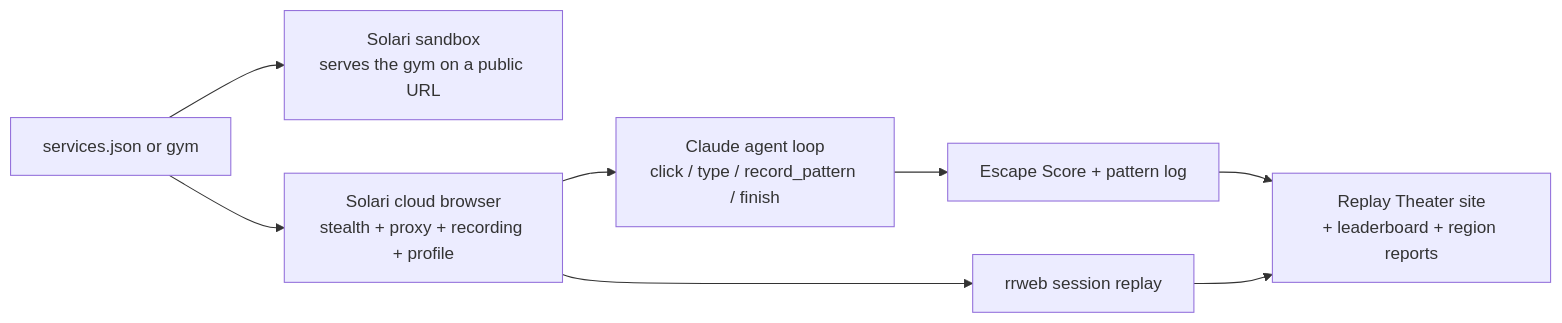
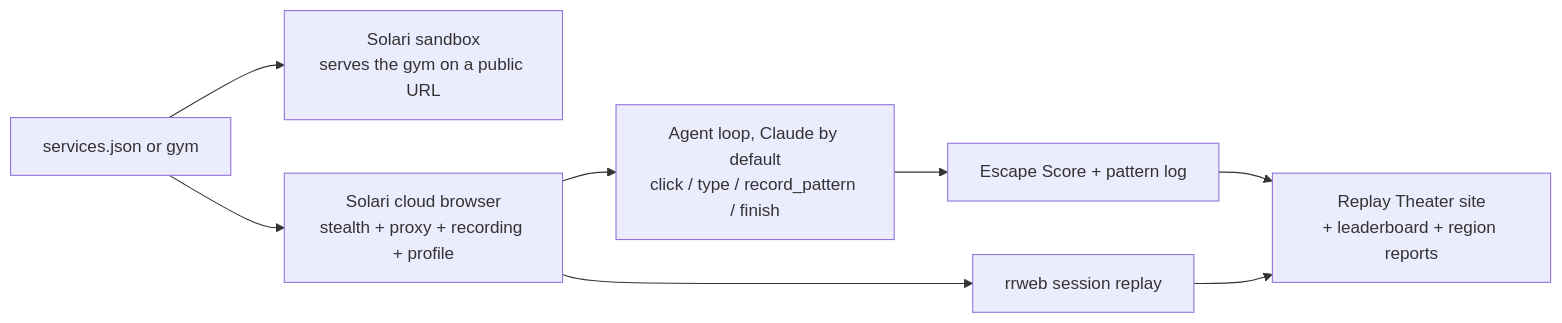
One commit to IamDejman/hotel-california changed the diagram in README.md. Above: the diagram before and after it, drawn with Mermaid. The commit also changed other lines of this file and 6 other files, not shown here.

````diff
--- a/README.md
+++ b/README.md
@@ -39,10 +40,10 @@
 ```mermaid
 flowchart LR
   A[services.json or gym] --> B[Solari sandbox\nserves the gym on a public URL]
   A --> C[Solari cloud browser\nstealth + proxy + recording + profile]
-  C --> D[Claude agent loop\nclick / type / record_pattern / finish]
+  C --> D[Agent loop, Claude by default\nclick / type / record_pattern / finish]
   D --> E[Escape Score + pattern log]
   C --> F[rrweb session replay]
   E --> G[Replay Theater site\n+ leaderboard + region reports]
   F --> G
 ```
````
